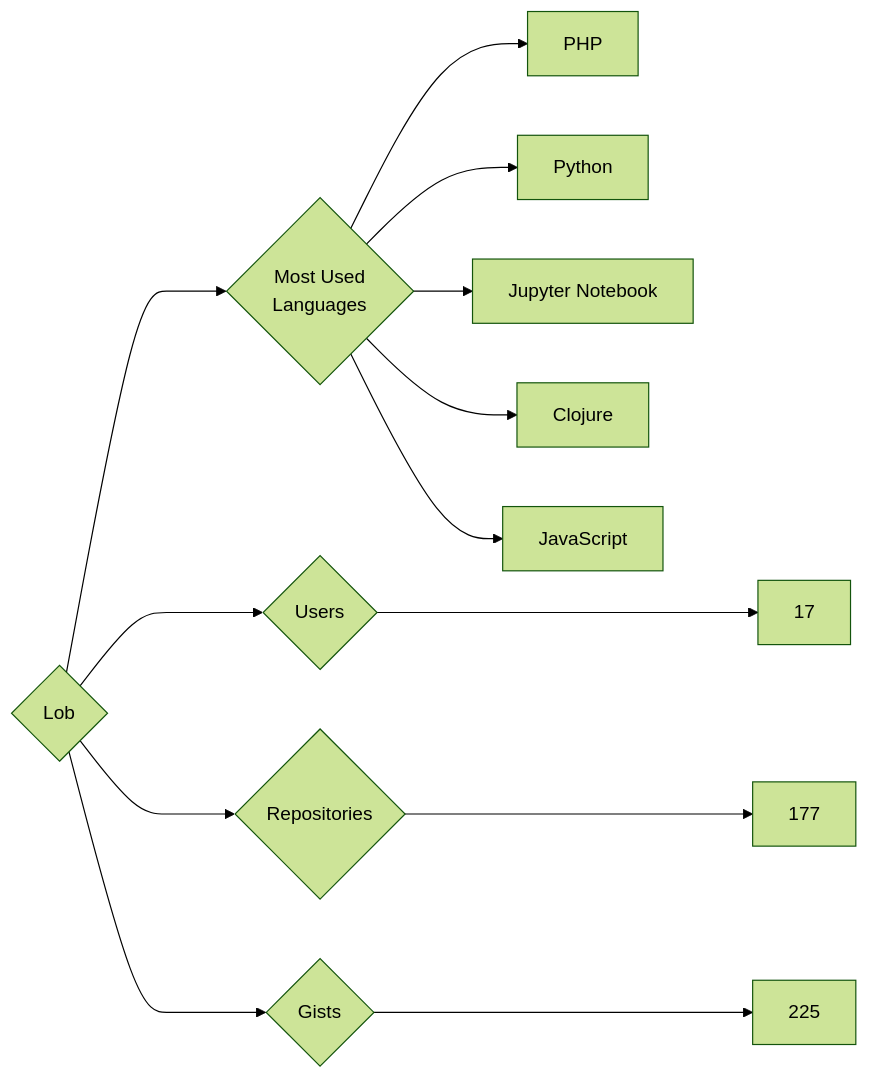
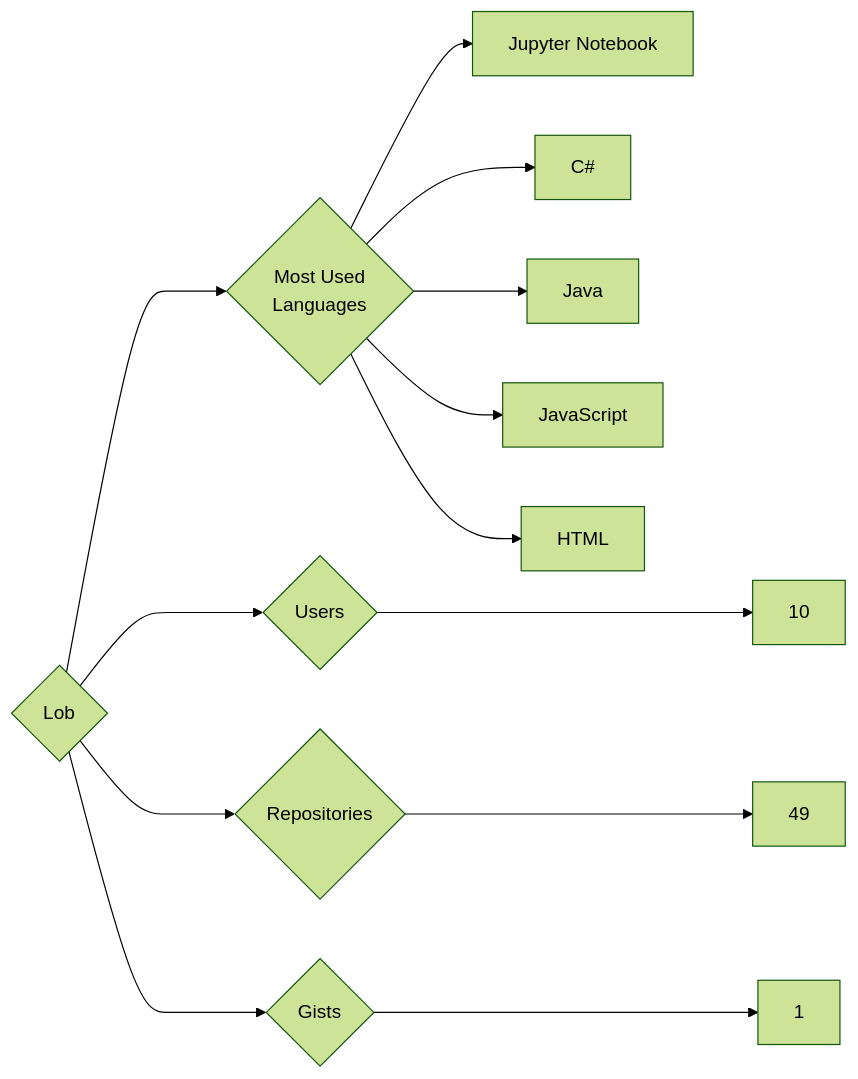
Before and after one commit to trickest/insiders: the diagram in targets/Lob/README.md, drawn with Mermaid (forest theme). The commit also changed 748 other files, not shown here.

````diff
--- a/targets/Lob/README.md
+++ b/targets/Lob/README.md
@@ -3,13 +3,13 @@
 ```mermaid
 graph LR
 COMPANY_NAME{Lob}
-COMPANY_NAME ---> U{Users} ---> UN[17]
-COMPANY_NAME ---> R{Repositories} ---> RN[177]
-COMPANY_NAME ---> G{Gists} ---> GN[225]
+COMPANY_NAME ---> U{Users} ---> UN[10]
+COMPANY_NAME ---> R{Repositories} ---> RN[49]
+COMPANY_NAME ---> G{Gists} ---> GN[1]
 COMPANY_NAME ---> ML{Most Used<br>Languages}
-ML --> PHP[PHP]
-ML --> Python[Python]
 ML --> Jupyter_Notebook[Jupyter Notebook]
-ML --> Clojure[Clojure]
+ML --> C#[C#]
+ML --> Java[Java]
 ML --> JavaScript[JavaScript]
+ML --> HTML[HTML]
 ```
````
